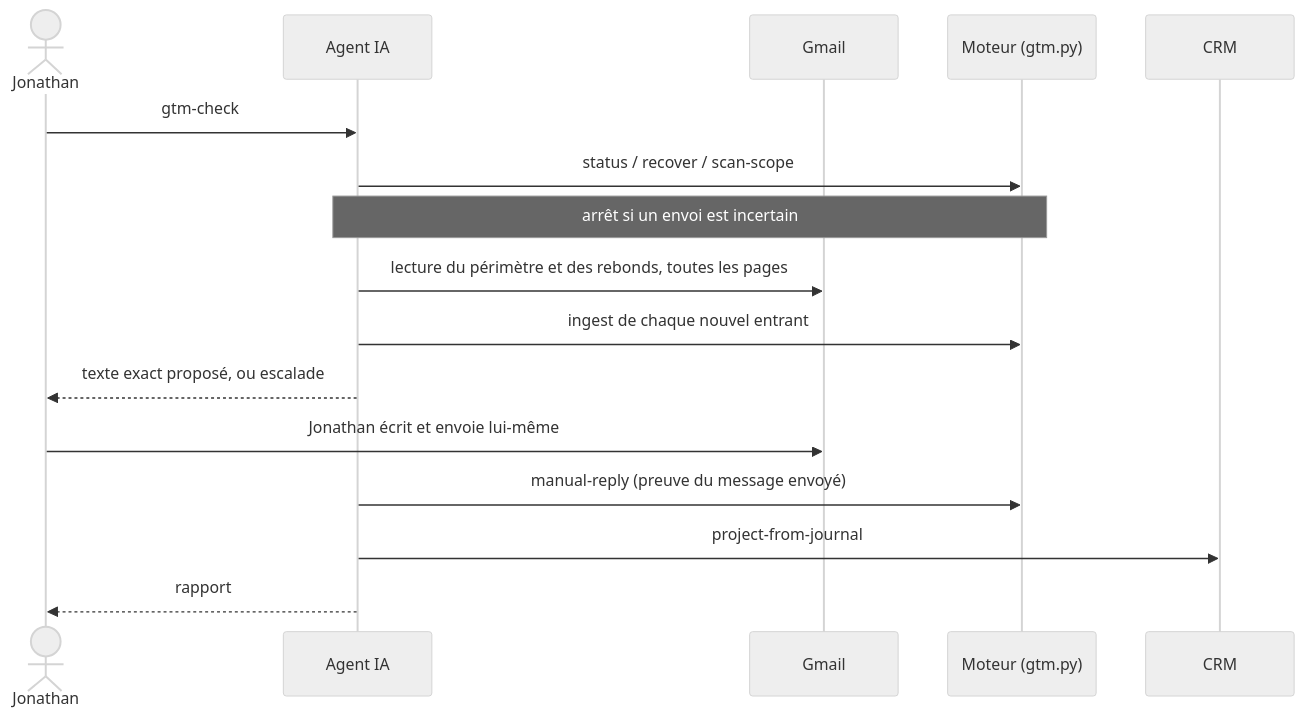
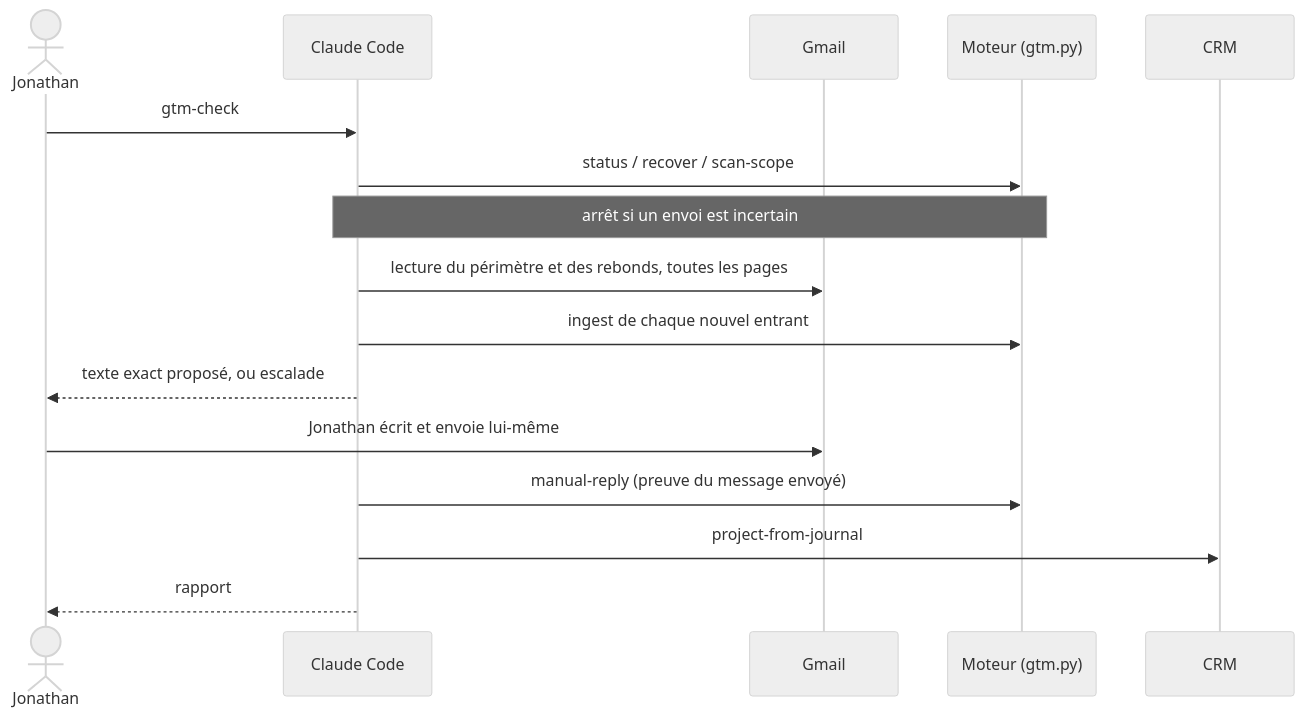
Before and after one commit to spykernv/gtm-vision-pnl: the second of 3 diagrams in README.md, drawn with Mermaid (neutral theme). The commit also changed other lines of this file and 5 other files, not shown here.

````diff
--- a/README.md
+++ b/README.md
@@ -116,18 +147,18 @@
 ```mermaid
 sequenceDiagram
   actor J as Jonathan
-  participant A as Agent IA
+  participant A as Claude Code
   participant G as Gmail
   participant M as Moteur (gtm.py)
   participant C as CRM
   J->>A: gtm-check
   A->>M: status / recover / scan-scope
   Note over A,M: arrêt si un envoi est incertain
   A->>G: lecture du périmètre et des rebonds, toutes les pages
   A->>M: ingest de chaque nouvel entrant
   A-->>J: texte exact proposé, ou escalade
   J->>G: Jonathan écrit et envoie lui-même
   A->>M: manual-reply (preuve du message envoyé)
   A->>C: project-from-journal
   A-->>J: rapport
 ```
````
